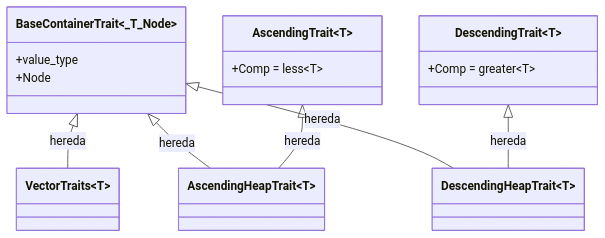
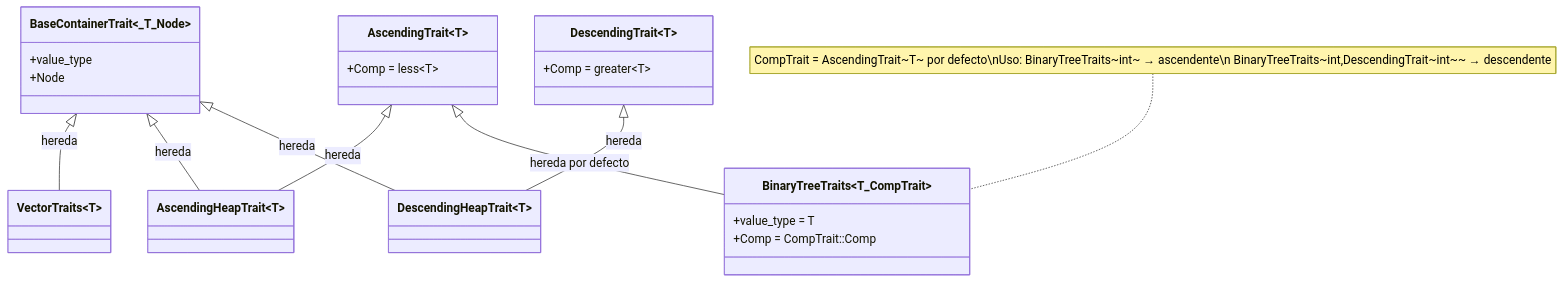
The fourth of 10 diagrams in README.md (Camilo-vinatea/2026-I-MCC001-AED), drawn with Mermaid before and after one commit. The commit also changed other lines of this file and 9 other files, not shown here.

````diff
--- a/README.md
+++ b/README.md
@@ -274,30 +300,37 @@
 ```mermaid
 classDiagram
     class BaseContainerTrait~_T_Node~ {
         +value_type
         +Node
     }
 
     class AscendingTrait~T~ {
         +Comp = less~T~
     }
 
     class DescendingTrait~T~ {
         +Comp = greater~T~
     }
 
     class VectorTraits~T~ {
     }
 
     class AscendingHeapTrait~T~ {
     }
 
     class DescendingHeapTrait~T~ {
     }
 
+    class BinaryTreeTraits~T_CompTrait~ {
+        +value_type = T
+        +Comp = CompTrait::Comp
+    }
+    note for BinaryTreeTraits "CompTrait = AscendingTrait~T~ por defecto\nUso: BinaryTreeTraits~int~ → ascendente\n      BinaryTreeTraits~int,DescendingTrait~int~~ → descendente"
+
     BaseContainerTrait <|-- VectorTraits : hereda
     BaseContainerTrait <|-- AscendingHeapTrait : hereda
     BaseContainerTrait <|-- DescendingHeapTrait : hereda
     AscendingTrait <|-- AscendingHeapTrait : hereda
     DescendingTrait <|-- DescendingHeapTrait : hereda
+    AscendingTrait <|-- BinaryTreeTraits : hereda por defecto
 ```
````
